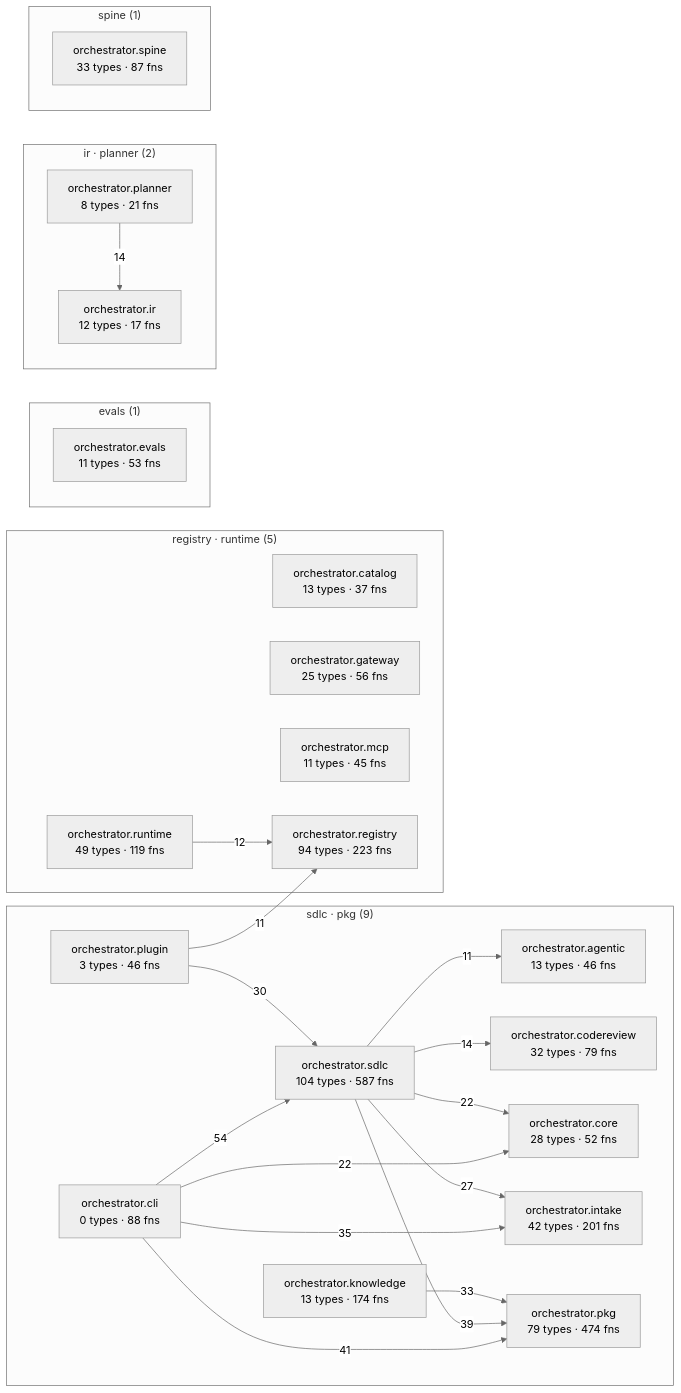
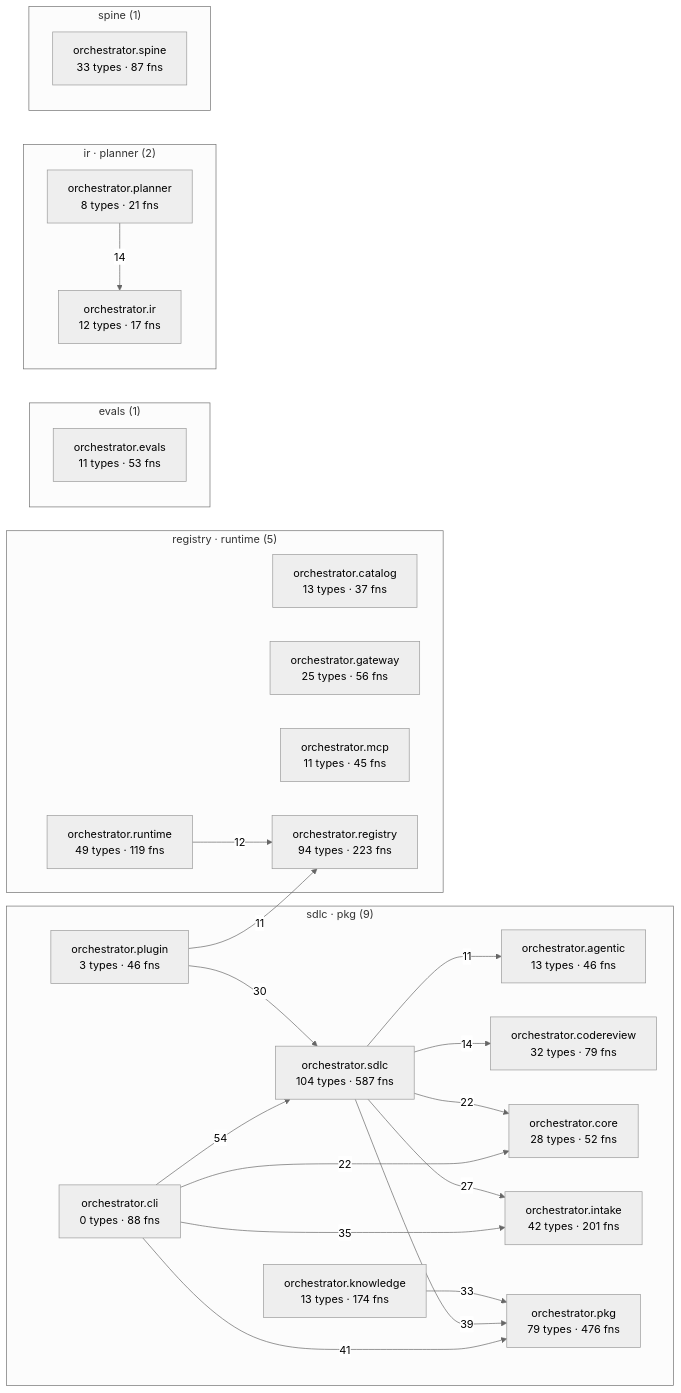
Before and after one commit to synaptixs/spine: the diagram in episteme/architecture.md, drawn with Mermaid (neutral theme). The commit also changed other lines of this file and 5 other files, not shown here.

````diff
--- a/episteme/architecture.md
+++ b/episteme/architecture.md
@@ -54,45 +54,45 @@
 ```mermaid
 flowchart LR
   subgraph c_1["sdlc · pkg (9)"]
     aorchestratoragentic["orchestrator.agentic<br/>13 types · 46 fns"]
     aorchestratorcli["orchestrator.cli<br/>0 types · 88 fns"]
     aorchestratorcodereview["orchestrator.codereview<br/>32 types · 79 fns"]
     aorchestratorcore["orchestrator.core<br/>28 types · 52 fns"]
     aorchestratorintake["orchestrator.intake<br/>42 types · 201 fns"]
     aorchestratorknowledge["orchestrator.knowledge<br/>13 types · 174 fns"]
-    aorchestratorpkg["orchestrator.pkg<br/>79 types · 474 fns"]
+    aorchestratorpkg["orchestrator.pkg<br/>79 types · 476 fns"]
     aorchestratorplugin["orchestrator.plugin<br/>3 types · 46 fns"]
     aorchestratorsdlc["orchestrator.sdlc<br/>104 types · 587 fns"]
   end
   subgraph c_3["registry · runtime (5)"]
     aorchestratorcatalog["orchestrator.catalog<br/>13 types · 37 fns"]
     aorchestratorgateway["orchestrator.gateway<br/>25 types · 56 fns"]
     aorchestratormcp["orchestrator.mcp<br/>11 types · 45 fns"]
     aorchestratorregistry["orchestrator.registry<br/>94 types · 223 fns"]
     aorchestratorruntime["orchestrator.runtime<br/>49 types · 119 fns"]
   end
   subgraph c_5["evals (1)"]
     aorchestratorevals["orchestrator.evals<br/>11 types · 53 fns"]
   end
   subgraph c_7["ir · planner (2)"]
     aorchestratorir["orchestrator.ir<br/>12 types · 17 fns"]
     aorchestratorplanner["orchestrator.planner<br/>8 types · 21 fns"]
   end
   subgraph c_10["spine (1)"]
     aorchestratorspine["orchestrator.spine<br/>33 types · 87 fns"]
   end
   aorchestratorcli -->|54| aorchestratorsdlc
   aorchestratorcli -->|41| aorchestratorpkg
   aorchestratorsdlc -->|39| aorchestratorpkg
   aorchestratorcli -->|35| aorchestratorintake
   aorchestratorknowledge -->|33| aorchestratorpkg
   aorchestratorplugin -->|30| aorchestratorsdlc
   aorchestratorsdlc -->|27| aorchestratorintake
   aorchestratorcli -->|22| aorchestratorcore
   aorchestratorsdlc -->|22| aorchestratorcore
   aorchestratorplanner -->|14| aorchestratorir
   aorchestratorsdlc -->|14| aorchestratorcodereview
   aorchestratorruntime -->|12| aorchestratorregistry
   aorchestratorplugin -->|11| aorchestratorregistry
   aorchestratorsdlc -->|11| aorchestratoragentic
 ```
````
